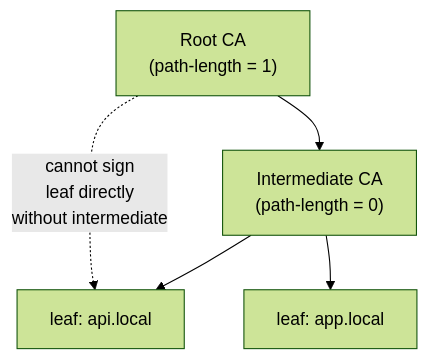
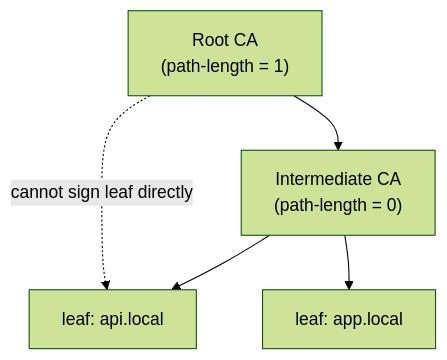
One commit to michaellwest/certz changed the second of 2 diagrams in docs/reference/create.md. Above: the diagram before and after it, drawn with Mermaid (forest theme). The commit also changed other lines of this file, not shown here.

First line of the commit message:
docs: fix Mermaid node labels in create.md -- use br instead of slash-n

````diff
--- a/docs/reference/create.md
+++ b/docs/reference/create.md
@@ -228,7 +228,7 @@
 ```mermaid
 graph TB
-    Root["Root CA\n(path-length = 1)"] --> Int["Intermediate CA\n(path-length = 0)"]
+    Root["Root CA<br/>(path-length = 1)"] --> Int["Intermediate CA<br/>(path-length = 0)"]
     Int --> Leaf1["leaf: api.local"]
     Int --> Leaf2["leaf: app.local"]
-    Root -. "cannot sign\nleaf directly\nwithout intermediate" .-> Leaf1
+    Root -. "cannot sign leaf directly" .-> Leaf1
 ```
````
